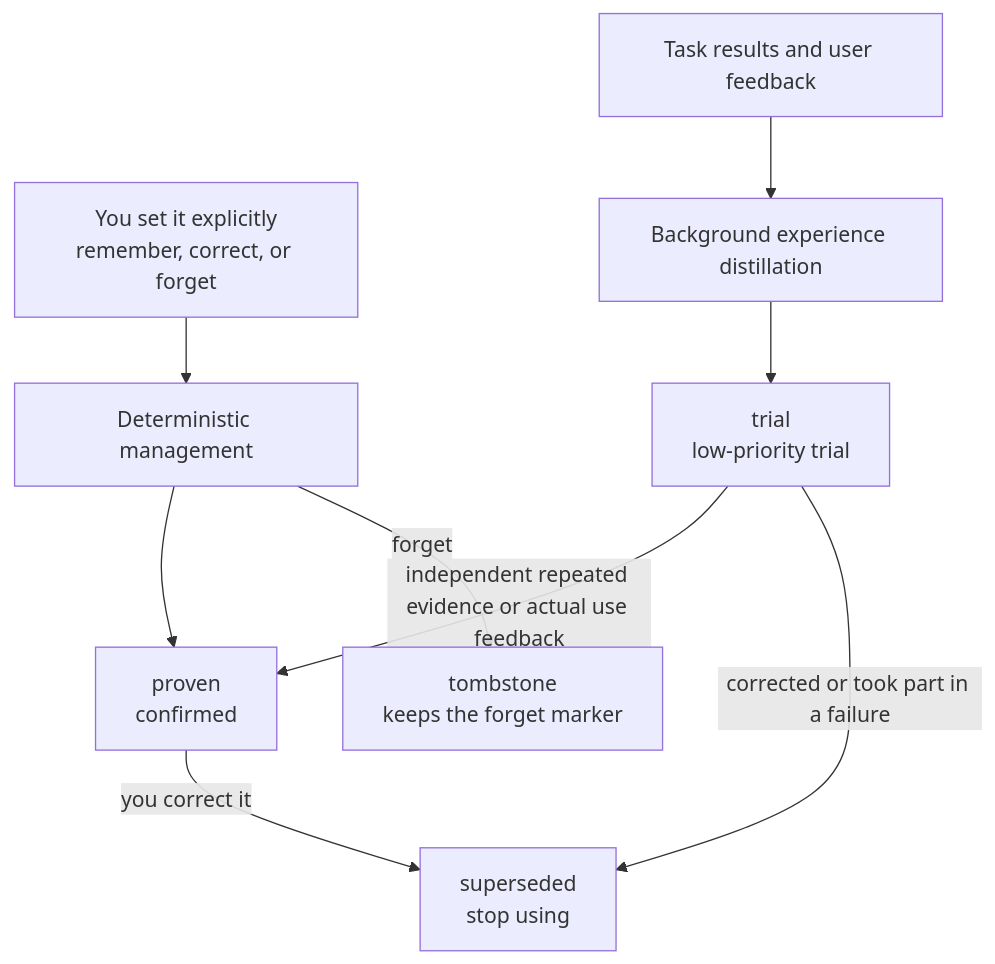
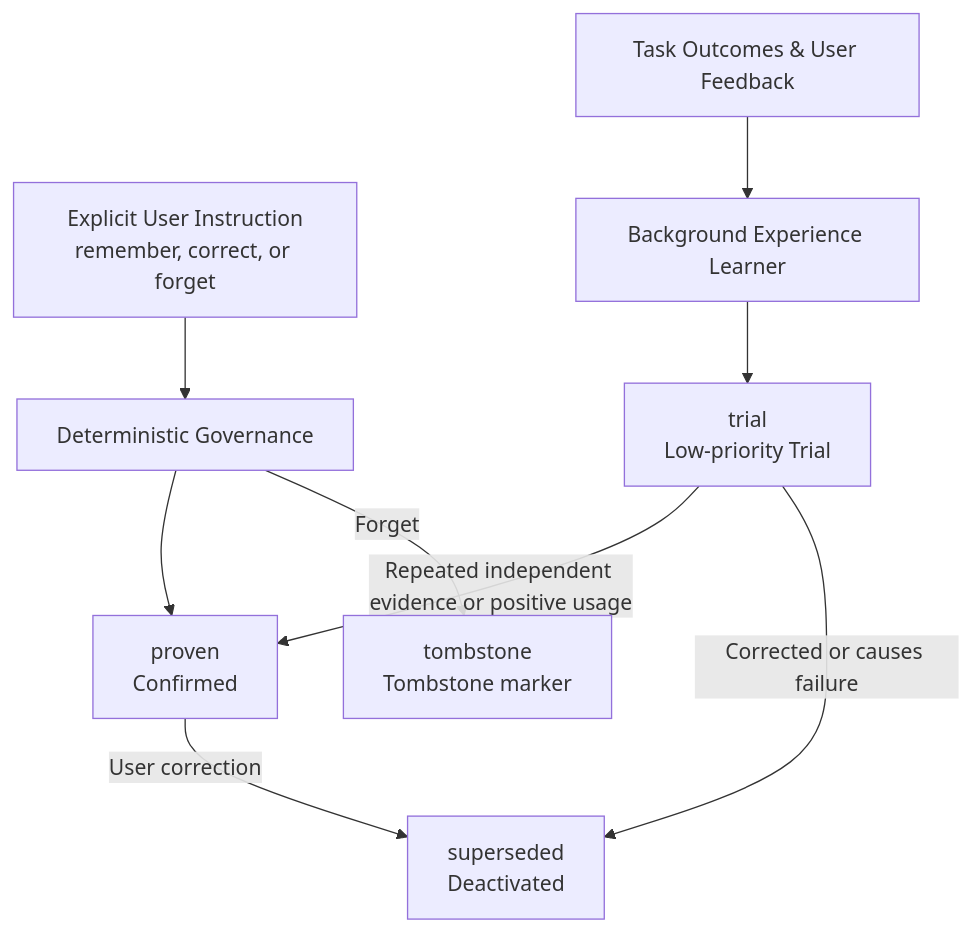
Before and after one commit to rpamis/comet-website-docs: the diagram in en/plugins/personal-memory.mdx, drawn with Mermaid. The commit also changed other lines of this file and 7 other files, not shown here.

````diff
--- a/en/plugins/personal-memory.mdx
+++ b/en/plugins/personal-memory.mdx
@@ -88,11 +83,11 @@
 ```mermaid
 flowchart TD
-  U["You set it explicitly<br/>remember, correct, or forget"] --> D["Deterministic management"]
-  D --> P["proven<br/>confirmed"]
-  E["Task results and user feedback"] --> R["Background experience distillation"]
-  R --> T["trial<br/>low-priority trial"]
-  T -->|independent repeated evidence or actual use feedback| P
-  T -->|corrected or took part in a failure| S["superseded<br/>stop using"]
-  P -->|you correct it| S
-  D -->|forget| X["tombstone<br/>keeps the forget marker"]
+  U["Explicit User Instruction<br/>remember, correct, or forget"] --> D["Deterministic Governance"]
+  D --> P["proven<br/>Confirmed"]
+  E["Task Outcomes & User Feedback"] --> R["Background Experience Learner"]
+  R --> T["trial<br/>Low-priority Trial"]
+  T -->|Repeated independent evidence or positive usage| P
+  T -->|Corrected or causes failure| S["superseded<br/>Deactivated"]
+  P -->|User correction| S
+  D -->|Forget| X["tombstone<br/>Tombstone marker"]
 ```
````
